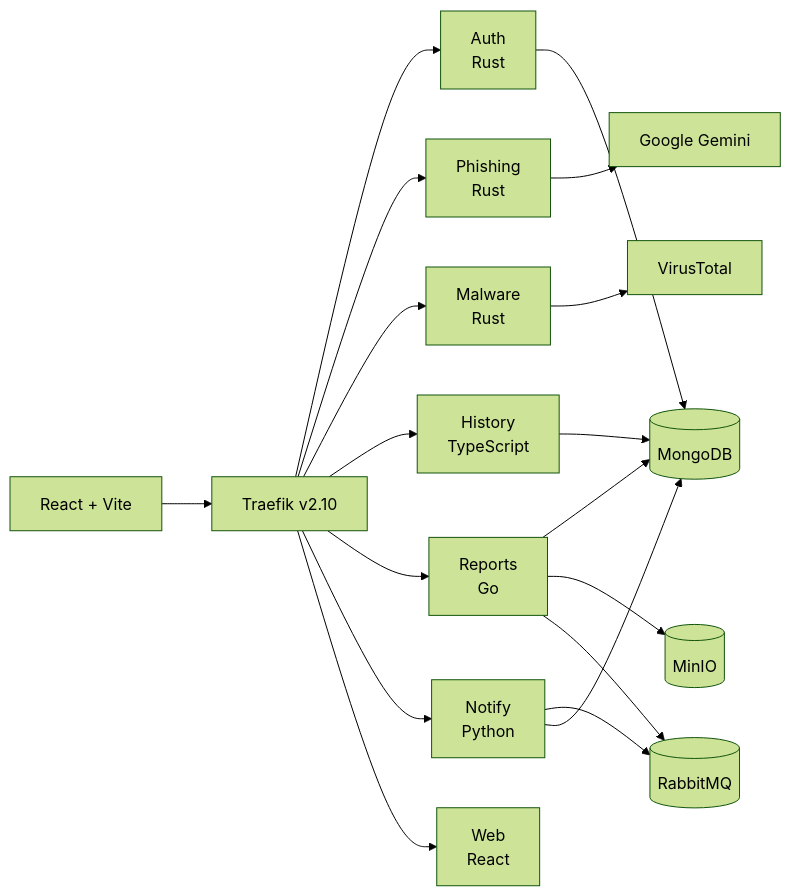
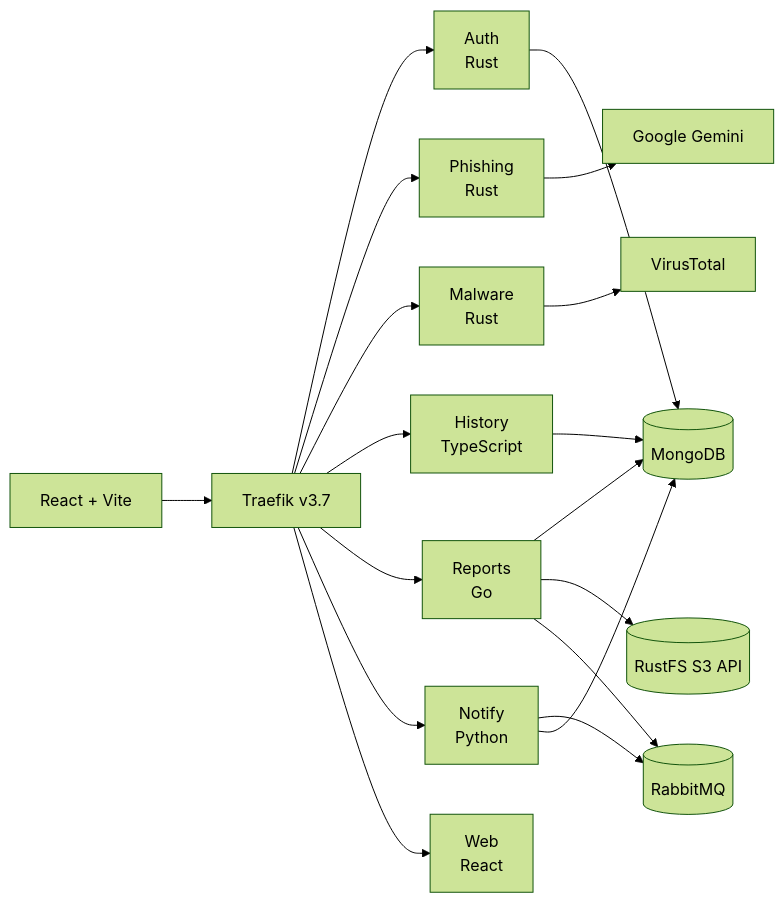
One commit to M33HA1/ForgeHarbor changed the diagram in docs/obsidian/01-Architecture/System-Overview.md. Above: the diagram before and after it, drawn with Mermaid (forest theme). The commit also changed other lines of this file and 166 other files, not shown here.

````diff
--- a/docs/obsidian/01-Architecture/System-Overview.md
+++ b/docs/obsidian/01-Architecture/System-Overview.md
@@ -14,22 +14,22 @@
 ```mermaid
 flowchart LR
-    Browser[React + Vite] --> Traefik[Traefik v2.10]
+    Browser[React + Vite] --> Traefik[Traefik v3.7]
     Traefik --> Auth[Auth<br/>Rust]
     Traefik --> Phishing[Phishing<br/>Rust]
     Traefik --> Malware[Malware<br/>Rust]
     Traefik --> History[History<br/>TypeScript]
     Traefik --> Reports[Reports<br/>Go]
     Traefik --> Notify[Notify<br/>Python]
     Traefik --> Web[Web<br/>React]
 
     Phishing --> Gemini[Google Gemini]
     Malware --> VirusTotal[VirusTotal]
 
     Auth --> Mongo[(MongoDB)]
     History --> Mongo
     Reports --> Mongo
-    Reports --> MinIO[(MinIO)]
+    Reports --> RustFS[(RustFS S3 API)]
     Reports --> Rabbit[(RabbitMQ)]
     Notify --> Rabbit
     Notify --> Mongo
 ```
````
